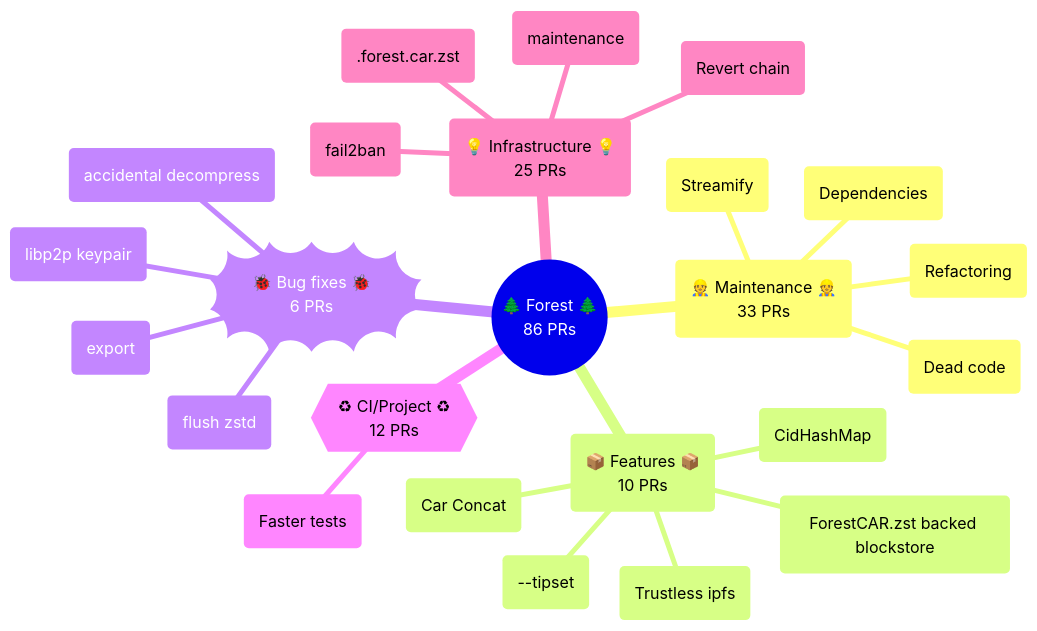
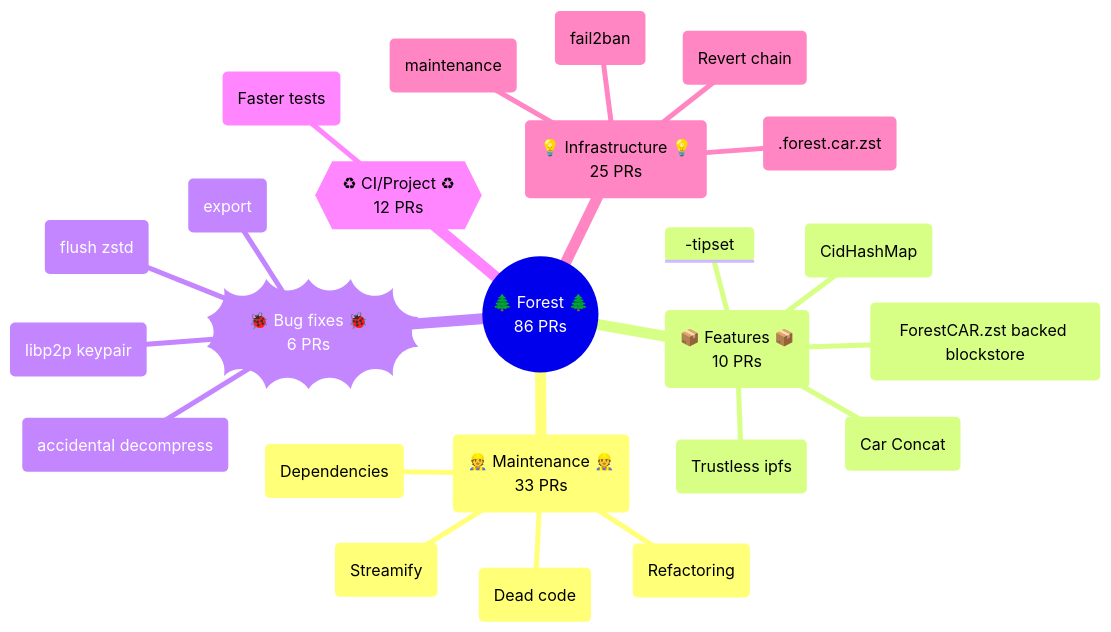
One commit to jennijuju/forest changed the first of 2 diagrams in documentation/mindmaps/2023-07-31.md. Above: the diagram before and after it, drawn with Mermaid.

Commit message:
can't escape dashes

````diff
--- a/documentation/mindmaps/2023-07-31.md
+++ b/documentation/mindmaps/2023-07-31.md
@@ -3,27 +3,27 @@
 ```mermaid
 mindmap
   root((🌲 Forest 🌲<br>86 PRs))
     id(👷 Maintenance 👷<br>33 PRs)
       (Dead code)
       (Dependencies)
       (Streamify)
       (Refactoring)
     id(📦 Features 📦<br>10 PRs)
       (ForestCAR.zst backed blockstore)
       (CidHashMap)
       (Trustless ipfs)
-      (\-\-tipset)
+      (--tipset)
       (Car Concat)
     id))🐞 Bug fixes 🐞<br>6 PRs((
       (flush zstd)
       (accidental decompress)
       (libp2p keypair)
       (export)
     id{{♻ CI/Project ♻<br>12 PRs}}
       (Faster tests)
     id(💡 Infrastructure 💡<br>25 PRs)
       (Revert chain)
       (fail2ban)
       (.forest.car.zst)
       (maintenance)
 ```
````
